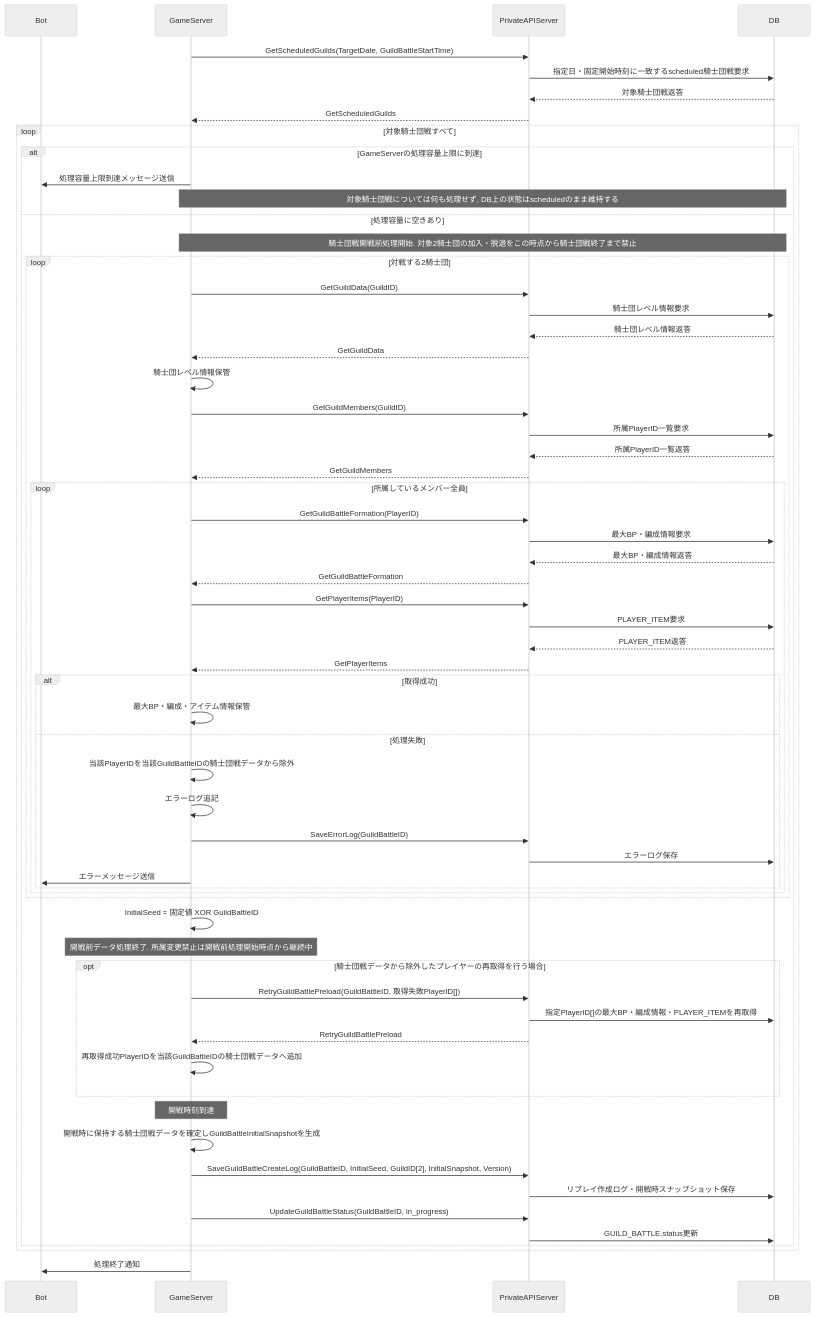
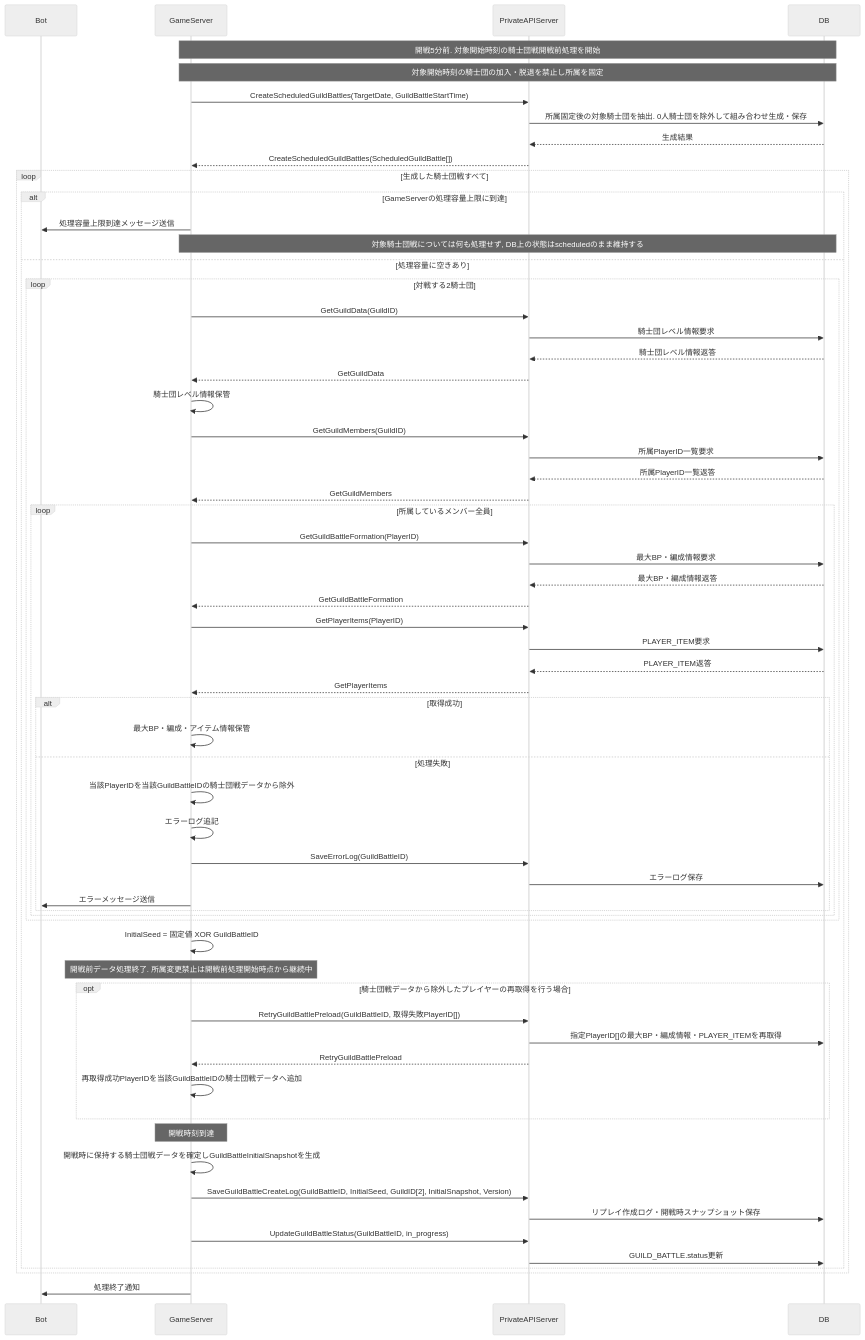
Before and after one commit to ReHydrangeaOdyssey/Specifications: the sixth of 16 diagrams in design/guild_battle.md, drawn with Mermaid (neutral theme). The commit also changed other lines of this file and 17 other files, not shown here.

````diff
--- a/design/guild_battle.md
+++ b/design/guild_battle.md
@@ -177,74 +181,75 @@
 ```mermaid
 sequenceDiagram
     participant Bot
     participant GameServer
     participant PrivateAPIServer
     participant DB
 
-    GameServer->>PrivateAPIServer: GetScheduledGuilds(TargetDate, GuildBattleStartTime)
-    PrivateAPIServer->>DB: 指定日・固定開始時刻に一致するscheduled騎士団戦要求
-    DB-->>PrivateAPIServer: 対象騎士団戦返答
-    PrivateAPIServer-->>GameServer: GetScheduledGuilds
+    Note over GameServer,DB: 開戦5分前. 対象開始時刻の騎士団戦開戦前処理を開始
+    Note over GameServer,DB: 対象開始時刻の騎士団の加入・脱退を禁止し所属を固定
+    GameServer->>PrivateAPIServer: CreateScheduledGuildBattles(TargetDate, GuildBattleStartTime)
+    PrivateAPIServer->>DB: 所属固定後の対象騎士団を抽出. 0人騎士団を除外して組み合わせ生成・保存
+    DB-->>PrivateAPIServer: 生成結果
+    PrivateAPIServer-->>GameServer: CreateScheduledGuildBattles(ScheduledGuildBattle[])
 
-    loop 対象騎士団戦すべて
+    loop 生成した騎士団戦すべて
         alt GameServerの処理容量上限に到達
             GameServer->>Bot: 処理容量上限到達メッセージ送信
             Note over GameServer,DB: 対象騎士団戦については何も処理せず, DB上の状態はscheduledのまま維持する
         else 処理容量に空きあり
-            Note over GameServer,DB: 騎士団戦開戦前処理開始. 対象2騎士団の加入・脱退をこの時点から騎士団戦終了まで禁止
             loop 対戦する2騎士団
                 GameServer->>PrivateAPIServer: GetGuildData(GuildID)
                 PrivateAPIServer->>DB: 騎士団レベル情報要求
                 DB-->>PrivateAPIServer: 騎士団レベル情報返答
                 PrivateAPIServer-->>GameServer: GetGuildData
                 GameServer->>GameServer: 騎士団レベル情報保管
 
                 GameServer->>PrivateAPIServer: GetGuildMembers(GuildID)
                 PrivateAPIServer->>DB: 所属PlayerID一覧要求
                 DB-->>PrivateAPIServer: 所属PlayerID一覧返答
                 PrivateAPIServer-->>GameServer: GetGuildMembers
 
                 loop 所属しているメンバー全員
                     GameServer->>PrivateAPIServer: GetGuildBattleFormation(PlayerID)
                     PrivateAPIServer->>DB: 最大BP・編成情報要求
                     DB-->>PrivateAPIServer: 最大BP・編成情報返答
                     PrivateAPIServer-->>GameServer: GetGuildBattleFormation
 
                     GameServer->>PrivateAPIServer: GetPlayerItems(PlayerID)
                     PrivateAPIServer->>DB: PLAYER_ITEM要求
                     DB-->>PrivateAPIServer: PLAYER_ITEM返答
                     PrivateAPIServer-->>GameServer: GetPlayerItems
 
                     alt 取得成功
                         GameServer->>GameServer: 最大BP・編成・アイテム情報保管
                     else 処理失敗
                         GameServer->>GameServer: 当該PlayerIDを当該GuildBattleIDの騎士団戦データから除外
                         GameServer->>GameServer: エラーログ追記
                         GameServer->>PrivateAPIServer: SaveErrorLog(GuildBattleID)
                         PrivateAPIServer->>DB: エラーログ保存
                         GameServer->>Bot: エラーメッセージ送信
                     end
                 end
             end
 
             GameServer->>GameServer: InitialSeed = 固定値 XOR GuildBattleID
 
             Note over GameServer: 開戦前データ処理終了. 所属変更禁止は開戦前処理開始時点から継続中
             opt 騎士団戦データから除外したプレイヤーの再取得を行う場合
                 GameServer->>PrivateAPIServer: RetryGuildBattlePreload(GuildBattleID, 取得失敗PlayerID[])
                 PrivateAPIServer->>DB: 指定PlayerID[]の最大BP・編成情報・PLAYER_ITEMを再取得
                 PrivateAPIServer-->>GameServer: RetryGuildBattlePreload
                 GameServer->>GameServer: 再取得成功PlayerIDを当該GuildBattleIDの騎士団戦データへ追加
             end
 
             Note over GameServer: 開戦時刻到達
             GameServer->>GameServer: 開戦時に保持する騎士団戦データを確定しGuildBattleInitialSnapshotを生成
             GameServer->>PrivateAPIServer: SaveGuildBattleCreateLog(GuildBattleID, InitialSeed, GuildID[2], InitialSnapshot, Version)
             PrivateAPIServer->>DB: リプレイ作成ログ・開戦時スナップショット保存
             GameServer->>PrivateAPIServer: UpdateGuildBattleStatus(GuildBattleID, in_progress)
             PrivateAPIServer->>DB: GUILD_BATTLE.status更新
         end
     end
 
     GameServer->>Bot: 処理終了通知
 ```
````
